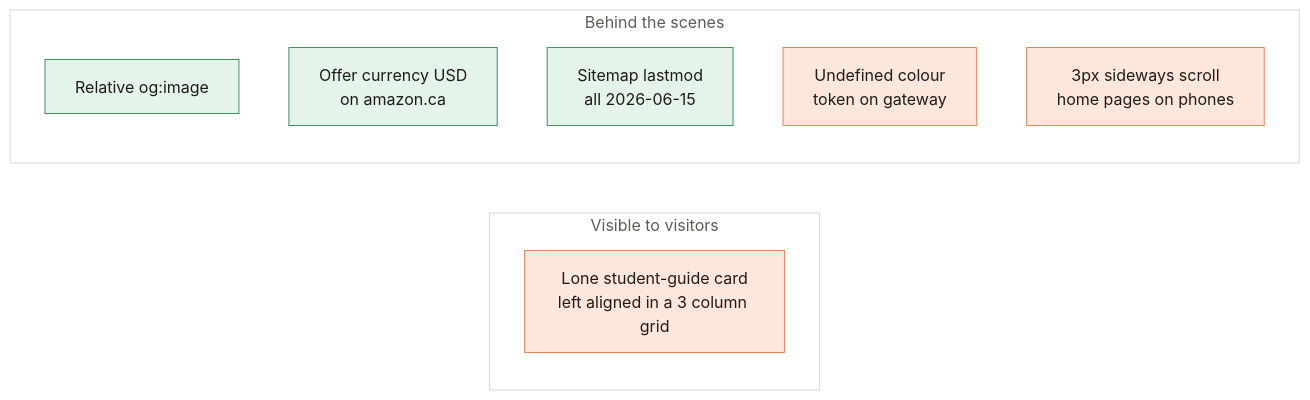
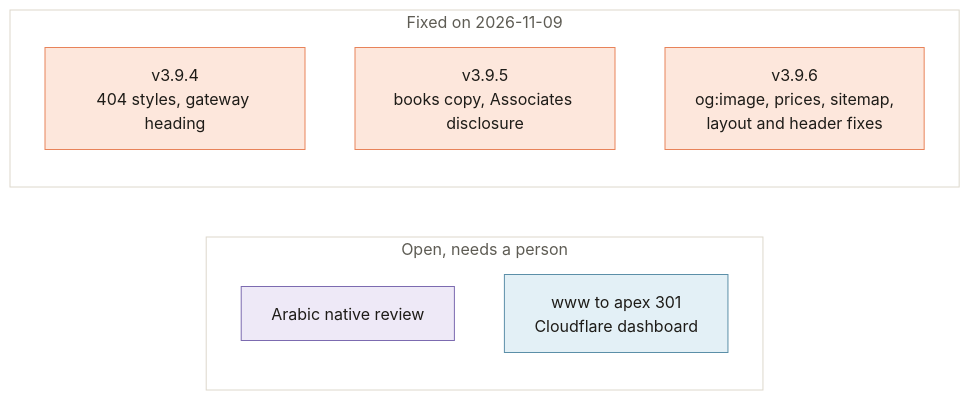
The diagram in docs/wiki/Known-Issues.md (vijaybpanangi/ezziclarity), drawn with Mermaid (forest theme) before and after one commit. The commit also changed other lines of this file and 32 other files, not shown here.

First line of the commit message:
Fix the remaining review issues: link previews, prices, sitemap, layout

````diff
--- a/docs/wiki/Known-Issues.md
+++ b/docs/wiki/Known-Issues.md
@@ -8,20 +8,18 @@
 ```mermaid
 flowchart LR
-    subgraph Visible[Visible to visitors]
-      I2[Lone student-guide card<br/>left aligned in a 3 column grid]:::ours
+    subgraph Open[Open, needs a person]
+      O1[Arabic native review]:::thirdparty
+      O2[www to apex 301<br/>Cloudflare dashboard]:::cloudflare
     end
-    subgraph Hidden[Behind the scenes]
-      I5[Relative og:image]:::visitor
-      I6[Offer currency USD<br/>on amazon.ca]:::visitor
-      I7[Sitemap lastmod<br/>all 2026-06-15]:::visitor
-      I8[Undefined colour<br/>token on gateway]:::ours
-      I9[3px sideways scroll<br/>home pages on phones]:::ours
+    subgraph Fixed[Fixed on 2026-11-09]
+      F1[v3.9.4<br/>404 styles, gateway heading]:::ours
+      F2[v3.9.5<br/>books copy, Associates disclosure]:::ours
+      F3[v3.9.6<br/>og:image, prices, sitemap,<br/>layout and header fixes]:::ours
     end
-
-    style Visible fill:#FFFFFF,stroke:#DDD8CC,color:#5e5c54
-    style Hidden fill:#FFFFFF,stroke:#DDD8CC,color:#5e5c54
+    style Open fill:#FFFFFF,stroke:#DDD8CC,color:#5e5c54
+    style Fixed fill:#FFFFFF,stroke:#DDD8CC,color:#5e5c54
 
     classDef ours fill:#FDE7DC,stroke:#E8835A,color:#1e1c18
+    classDef cloudflare fill:#E3F0F6,stroke:#5B8FA8,color:#1e1c18
     classDef thirdparty fill:#EEE9F7,stroke:#7C6BB0,color:#1e1c18
-    classDef visitor fill:#E5F4EA,stroke:#3F8F5A,color:#1e1c18
 ```
````
